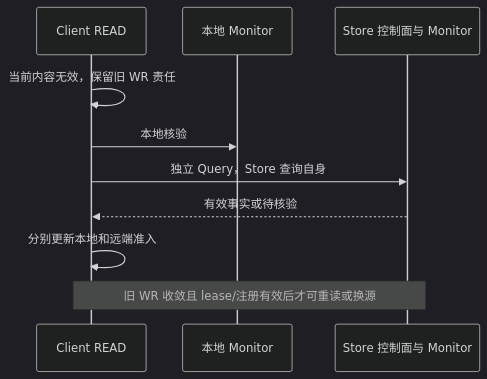
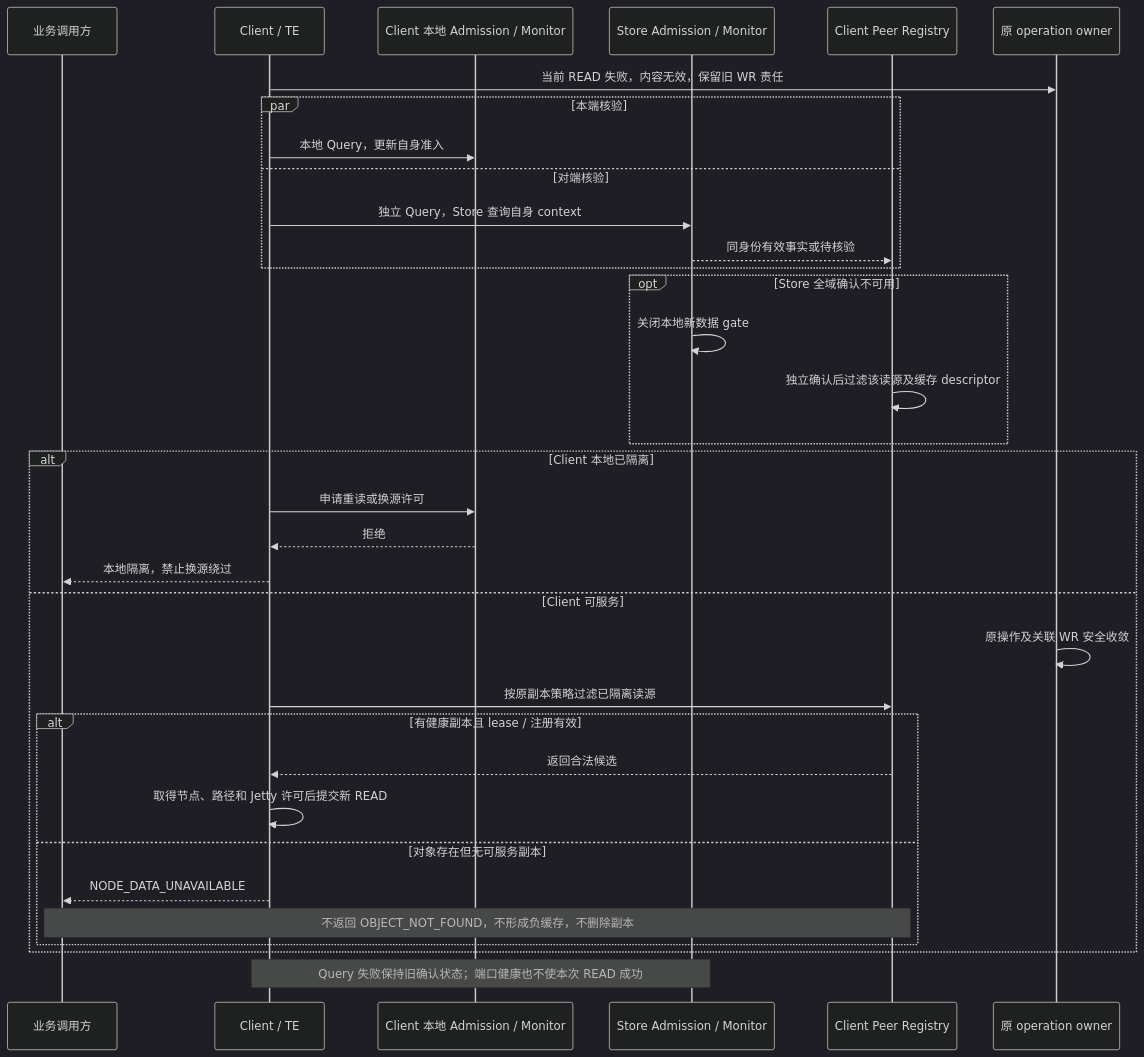
One commit to HangCong126/Supercache changed the seventh of 10 diagrams in docs/analyze/ub_fault_isolation_design.md. Above: the diagram before and after it, drawn with Mermaid (dark theme). The commit also changed other lines of this file, not shown here.

Commit message:
clarify ub isolation behavior with read-write and admission sequences

````diff
--- a/docs/analyze/ub_fault_isolation_design.md
+++ b/docs/analyze/ub_fault_isolation_design.md
@@ -348,12 +429,36 @@
 ```mermaid
 sequenceDiagram
-    participant C as Client READ
-    participant L as 本地 Monitor
-    participant S as Store 控制面与 Monitor
-    C->>C: 当前内容无效，保留旧 WR 责任
-    C->>L: 本地核验
-    C->>S: 独立 Query，Store 查询自身
-    S-->>C: 有效事实或待核验
-    C->>C: 分别更新本地和远端准入
-    Note over C,S: 旧 WR 收敛且 lease/注册有效后才可重读或换源
+    participant B as 业务调用方
+    participant C as Client / TE
+    participant A as Client 本地 Admission / Monitor
+    participant S as Store Admission / Monitor
+    participant R as Client Peer Registry
+    participant O as 原 operation owner
+    C->>O: 当前 READ 失败，内容无效，保留旧 WR 责任
+    par 本端核验
+        C->>A: 本地 Query，更新自身准入
+    and 对端核验
+        C->>S: 独立 Query，Store 查询自身 context
+        S-->>R: 同身份有效事实或待核验
+    end
+    opt Store 全域确认不可用
+        S->>S: 关闭本地新数据 gate
+        R->>R: 独立确认后过滤该读源及缓存 descriptor
+    end
+    alt Client 本地已隔离
+        C->>A: 申请重读或换源许可
+        A-->>C: 拒绝
+        C-->>B: 本地隔离，禁止换源绕过
+    else Client 可服务
+        O->>O: 原操作及关联 WR 安全收敛
+        C->>R: 按原副本策略过滤已隔离读源
+        alt 有健康副本且 lease / 注册有效
+            R-->>C: 返回合法候选
+            C->>C: 取得节点、路径和 Jetty 许可后提交新 READ
+        else 对象存在但无可服务副本
+            C-->>B: NODE_DATA_UNAVAILABLE
+            Note over B,R: 不返回 OBJECT_NOT_FOUND，不形成负缓存，不删除副本
+        end
+    end
+    Note over C,S: Query 失败保持旧确认状态；端口健康也不使本次 READ 成功
 ```
````
